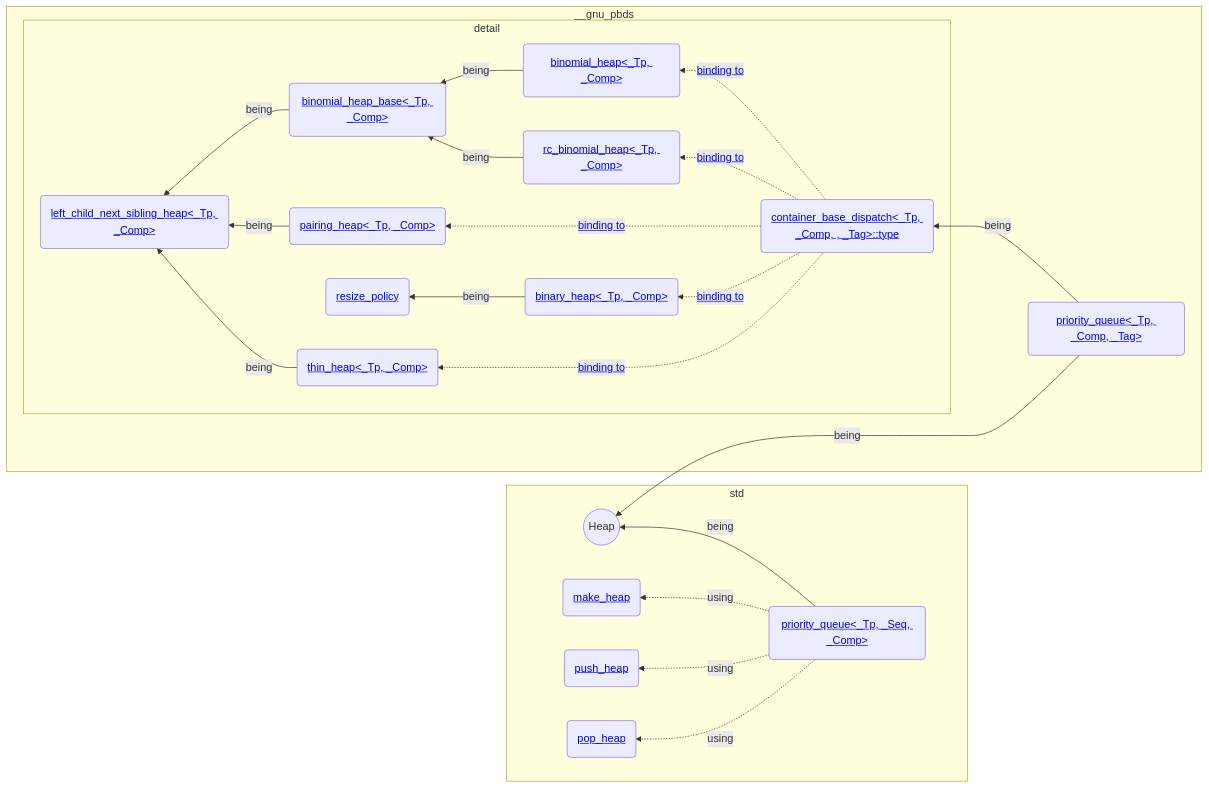
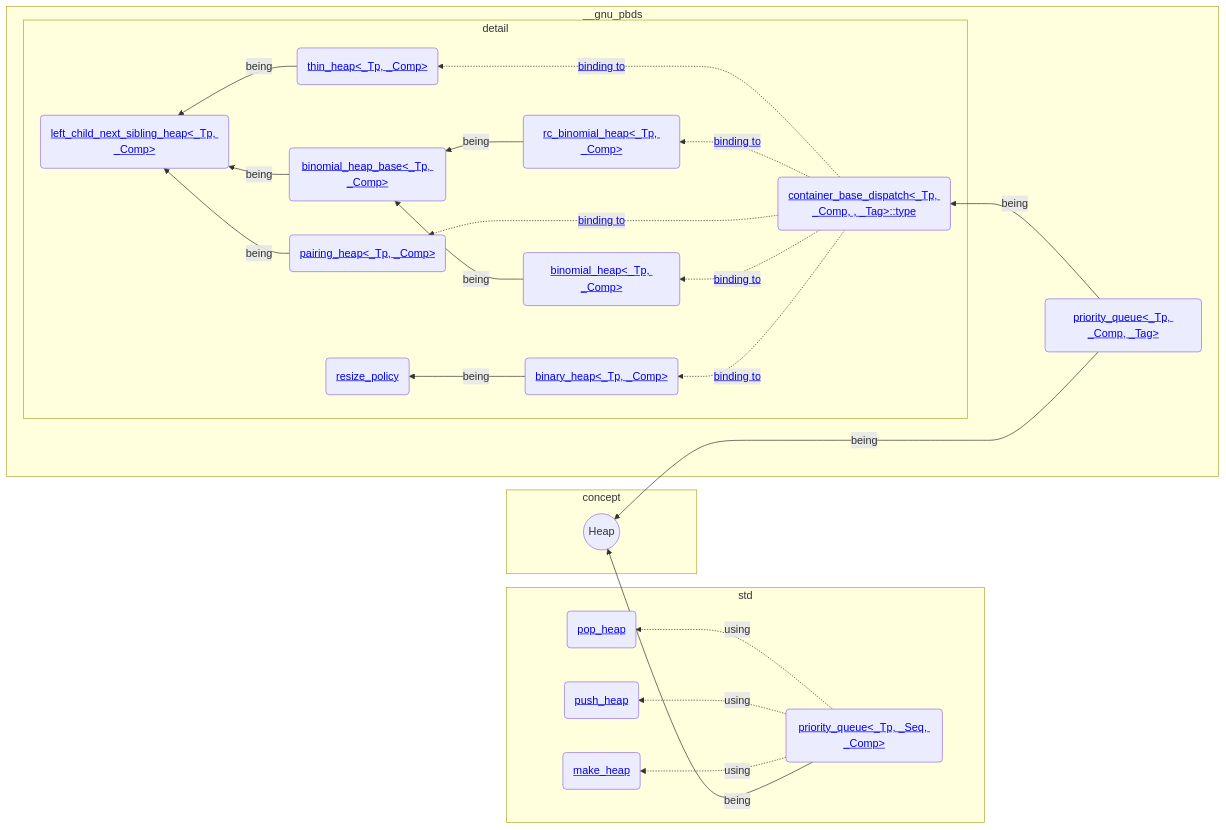
One commit to AsherJingkongChen/ds-assign4 changed the diagram in doc/priority_queue.md. Above: the diagram before and after it, drawn with Mermaid.

Commit message:
Asher Chen commited at 2022-12-28_17-44-16

````diff
--- a/doc/priority_queue.md
+++ b/doc/priority_queue.md
@@ -3,47 +3,50 @@
 ```mermaid
 graph RL;
-heap((Heap));
+subgraph concept
+  heap((Heap));
+end
+
 spq(<a href=https://gcc.gnu.org/onlinedocs/gcc-12.2.0/libstdc++/api/a08762.html>priority_queue<_Tp, _Seq, _Comp></a>);
 make(<a href=https://gcc.gnu.org/onlinedocs/gcc-12.2.0/libstdc++/api/a01614.html#ga2a685c934e85086e5ac372026e8064f6>make_heap</a>);
 push(<a href=https://gcc.gnu.org/onlinedocs/gcc-12.2.0/libstdc++/api/a01614.html#gab628ce505c9574f8929a0fa49ed514b3>push_heap</a>);
 pop(<a href=https://gcc.gnu.org/onlinedocs/gcc-12.2.0/libstdc++/api/a01614.html#ga0a57ba46981d46e0f3ebd4703d0ad18b>pop_heap);
 
 binhp(<a href=https://gcc.gnu.org/onlinedocs/gcc-12.2.0/libstdc++/api/a13278.html>binary_heap<_Tp, _Comp></a>);
 bimhp(<a href=https://gcc.gnu.org/onlinedocs/gcc-12.2.0/libstdc++/api/a13326.html>binomial_heap<_Tp, _Comp></a>);
 pahp(<a href=https://gcc.gnu.org/onlinedocs/gcc-12.2.0/libstdc++/api/a13550.html>pairing_heap<_Tp, _Comp></a>);
 rbimhp(<a href=https://gcc.gnu.org/onlinedocs/gcc-12.2.0/libstdc++/api/a13654.html>rc_binomial_heap<_Tp, _Comp></a>);
 thinhp(<a href=https://gcc.gnu.org/onlinedocs/gcc-12.2.0/libstdc++/api/a13702.html>thin_heap<_Tp, _Comp></a>);
 
 gpq(<a href=https://gcc.gnu.org/onlinedocs/gcc-12.2.0/libstdc++/api/a12902.html>priority_queue<_Tp, _Comp, _Tag></a>);
 gcbdtp(<a href=https://gcc.gnu.org/onlinedocs/gcc-12.2.0/libstdc++/api/a13070.html>container_base_dispatch<_Tp, _Comp, , _Tag>::type</a>);
 lcnsh(<a href=https://gcc.gnu.org/onlinedocs/gcc-12.2.0/libstdc++/api/a13482.html>left_child_next_sibling_heap<_Tp, _Comp></a>);
 rzplc(<a href=https://gcc.gnu.org/onlinedocs/gcc-12.2.0/libstdc++/api/a13322.html>resize_policy</a>);
 bimhpb(<a href=https://gcc.gnu.org/onlinedocs/gcc-12.2.0/libstdc++/api/a13330.html>binomial_heap_base<_Tp, _Comp></a>);
 
 subgraph std
   spq -->|being| heap;
   spq .->|using| make;
   spq .->|using| push;
   spq .->|using| pop;
 end
 
 subgraph __gnu_pbds
   gpq --->|being| heap;
   gpq -->|being| gcbdtp;
 
   subgraph detail
     gcbdtp .->|<a href=https://gcc.gnu.org/onlinedocs/gcc-12.2.0/libstdc++/api/a13162.html#adbbd8131d9a4cdc53e280a34f161dd3c>binding to</a>| binhp;
     gcbdtp .->|<a href=https://gcc.gnu.org/onlinedocs/gcc-12.2.0/libstdc++/api/a13154.html#ab4cecfd9b1ed21229fe049cabebe321c>binding to</a>| bimhp;
     gcbdtp .->|<a href=https://gcc.gnu.org/onlinedocs/gcc-12.2.0/libstdc++/api/a13150.html#adecf3a56bd35a5ca376d0492e7123a7b>binding to</a>| pahp;
     gcbdtp .->|<a href=https://gcc.gnu.org/onlinedocs/gcc-12.2.0/libstdc++/api/a13158.html#a7d1df51ac2b0c2e893e450bf7fe9e379>binding to</a>| rbimhp;
     gcbdtp .->|<a href=https://gcc.gnu.org/onlinedocs/gcc-12.2.0/libstdc++/api/a13166.html#a9810405868a4fa2e115def4f7da71b66>binding to</a>| thinhp;
 
     binhp -->|being| rzplc;
     bimhpb -->|being| lcnsh;
     bimhp -->|being| bimhpb;
     rbimhp -->|being| bimhpb;
     pahp --> |being| lcnsh;
     thinhp -->|being| lcnsh;
   end
 end
 ```
````
